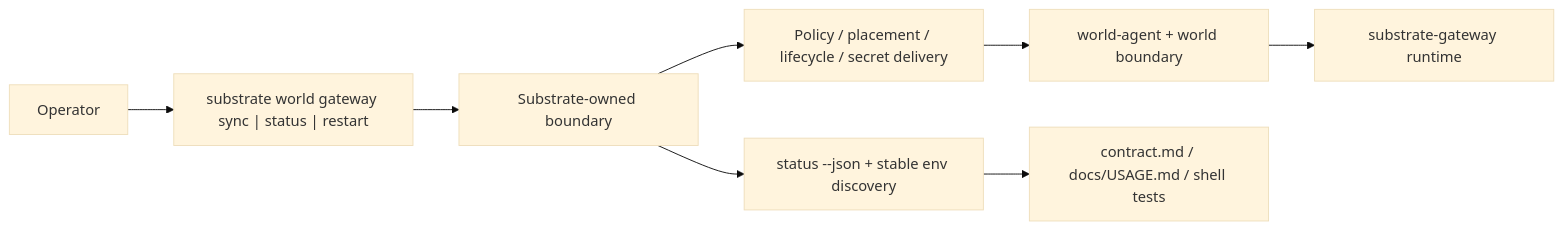
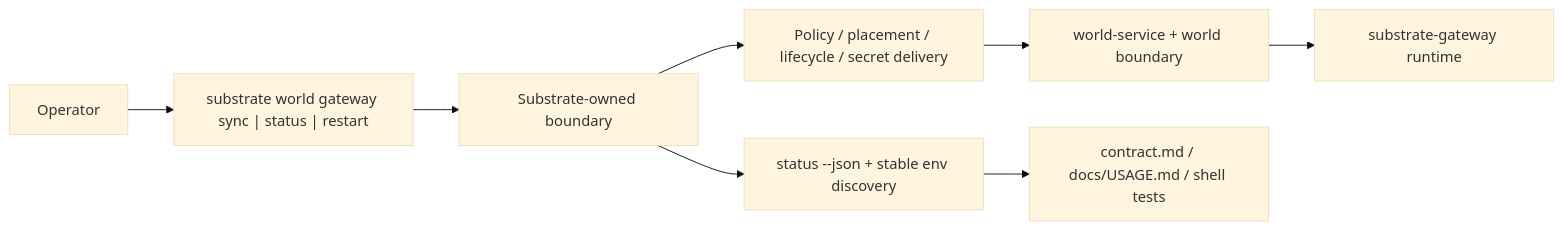
One commit to atomize-hq/substrate changed the first of 2 diagrams in docs/project_management/packs/draft/substrate-gateway-boundary-and-runtime-ownership-fse/threaded-seams/seam-1-operator-boundary-and-command-contract/review.md. Above: the diagram before and after it, drawn with Mermaid (base theme). The commit also changed 590 other files, not shown here.

````diff
--- a/docs/project_management/packs/draft/substrate-gateway-boundary-and-runtime-ownership-fse/threaded-seams/seam-1-operator-boundary-and-command-contract/review.md
+++ b/docs/project_management/packs/draft/substrate-gateway-boundary-and-runtime-ownership-fse/threaded-seams/seam-1-operator-boundary-and-command-contract/review.md
@@ -20,10 +20,10 @@
 ```mermaid
 flowchart LR
   OP["Operator"] --> CMD["substrate world gateway sync | status | restart"]
   CMD --> SUB["Substrate-owned boundary"]
   SUB --> POL["Policy / placement / lifecycle / secret delivery"]
   SUB --> ST["status --json + stable env discovery"]
-  POL --> WA["world-agent + world boundary"]
+  POL --> WA["world-service + world boundary"]
   WA --> GW["substrate-gateway runtime"]
   ST --> DOC["contract.md / docs/USAGE.md / shell tests"]
 ```
````
